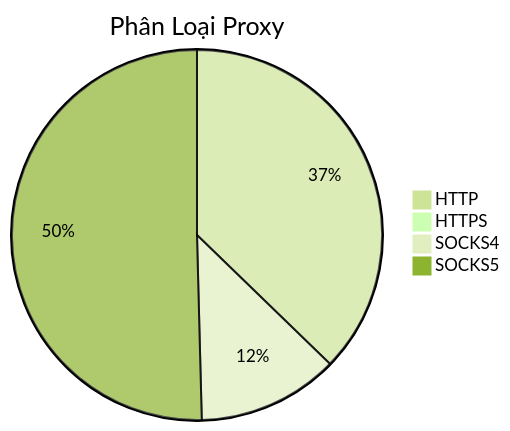
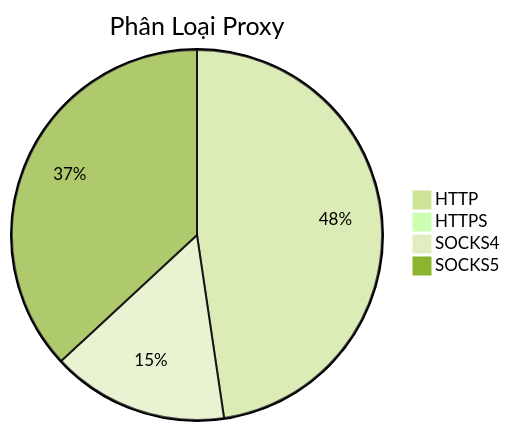
Before and after one commit to Ciara-12/PROXY-free: the diagram in README.md, drawn with Mermaid (forest theme). The commit also changed other lines of this file and 4 other files, not shown here.

````diff
--- a/README.md
+++ b/README.md
@@ -26,7 +26,7 @@
 ```mermaid
 pie title Phân Loại Proxy
-    "HTTP" : 993
-    "HTTPS" : 3
-    "SOCKS4" : 329
-    "SOCKS5" : 1344
+    "HTTP" : 1152
+    "HTTPS" : 2
+    "SOCKS4" : 373
+    "SOCKS5" : 892
 ```
````
